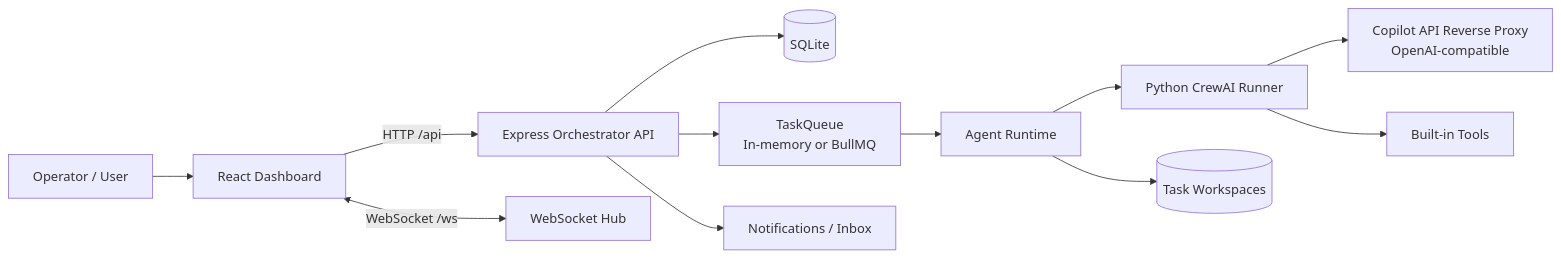
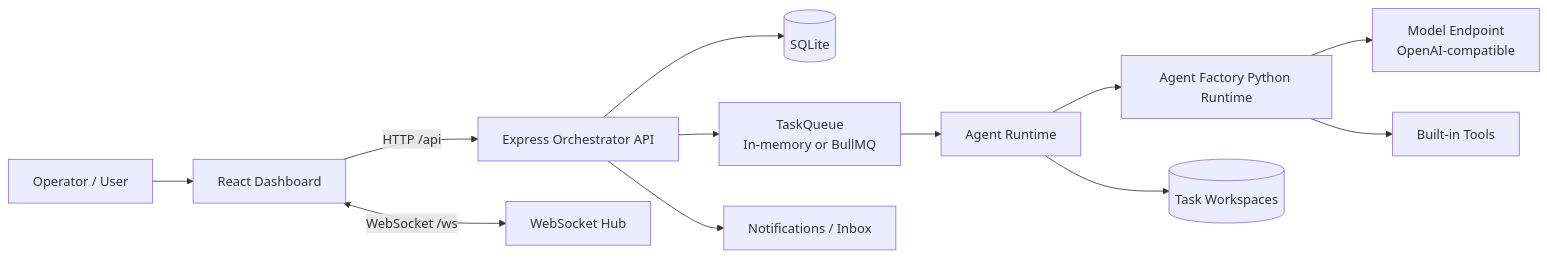
The first of 13 diagrams in docs/ARCHITECTURE.md (Zchary1106/Myrmecia), drawn with Mermaid before and after one commit. The commit also changed other lines of this file and 34 other files, not shown here.

First line of the commit message:
refactor: rename CrewAI runtime to Agent Factory Python Runtime

````diff
--- a/docs/ARCHITECTURE.md
+++ b/docs/ARCHITECTURE.md
@@ -7,14 +7,14 @@
 ```mermaid
 flowchart LR
   Operator[Operator / User] --> Dashboard[React Dashboard]
   Dashboard -->|HTTP /api| Server[Express Orchestrator API]
   Dashboard <-->|WebSocket /ws| WSHub[WebSocket Hub]
   Server --> SQLite[(SQLite)]
   Server --> Queue[TaskQueue<br/>In-memory or BullMQ]
   Queue --> Runtime[Agent Runtime]
-  Runtime --> CrewRunner[Python CrewAI Runner]
-  CrewRunner --> Proxy[Copilot API Reverse Proxy<br/>OpenAI-compatible]
-  CrewRunner --> Tools[Built-in Tools]
+  Runtime --> PythonRuntime[Agent Factory Python Runtime]
+  PythonRuntime --> Proxy[Model Endpoint<br/>OpenAI-compatible]
+  PythonRuntime --> Tools[Built-in Tools]
   Runtime --> Workspaces[(Task Workspaces)]
   Server --> Notifications[Notifications / Inbox]
 ```
````
